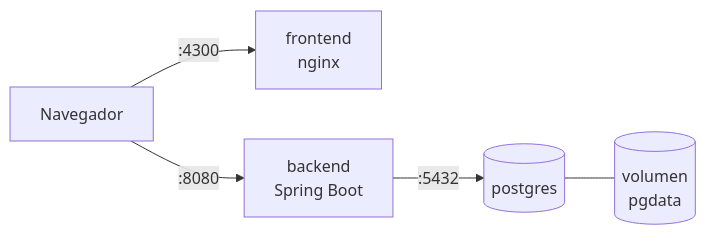
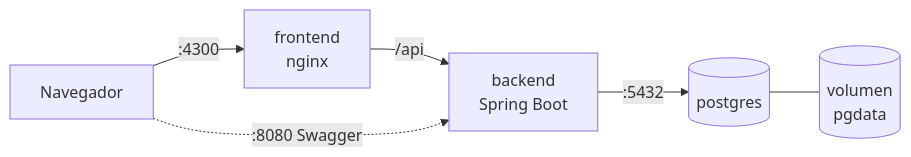
The diagram in docs/06-despliegue.md (Sofialjure/prueba-tecnica-entidad-financiera), drawn with Mermaid before and after one commit. The commit also changed other lines of this file and 2 other files, not shown here.

````diff
--- a/docs/06-despliegue.md
+++ b/docs/06-despliegue.md
@@ -13,7 +13,8 @@
 ```mermaid
 flowchart LR
     B[Navegador] -->|:4300| FE[frontend<br/>nginx]
-    B -->|:8080| BE[backend<br/>Spring Boot]
+    FE -->|/api| BE[backend<br/>Spring Boot]
+    B -.->|:8080 Swagger| BE
     BE -->|:5432| DB[(postgres)]
     DB --- V[(volumen<br/>pgdata)]
 ```
````
